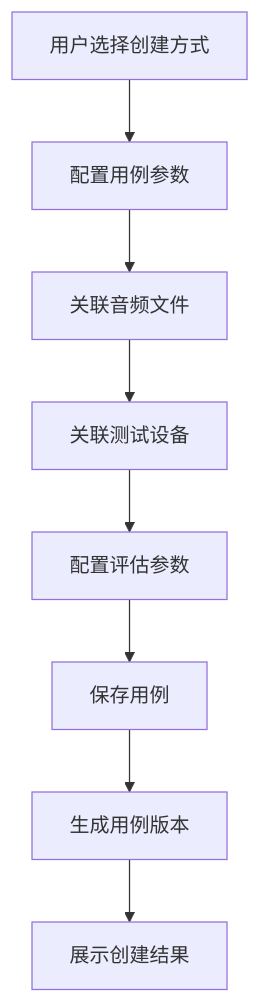
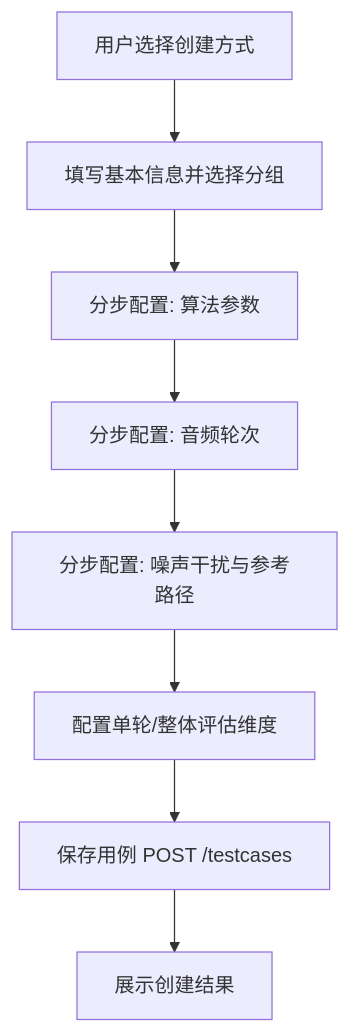
Before and after one commit to ydz-auto/intelligent_audio_test: the first of 4 diagrams in Intelligent-Audio-TEST/doc/功能设计文档/07_用例管理/用例管理功能设计文档.md, drawn with Mermaid. The commit also changed other lines of this file and 92 other files, not shown here.

````diff
--- a/Intelligent-Audio-TEST/doc/功能设计文档/07_用例管理/用例管理功能设计文档.md
+++ b/Intelligent-Audio-TEST/doc/功能设计文档/07_用例管理/用例管理功能设计文档.md
@@ -428,10 +292,10 @@
 ```mermaid
 flowchart TD
-    A[用户选择创建方式] --> B[配置用例参数]
-    B --> C[关联音频文件]
-    C --> D[关联测试设备]
-    D --> E[配置评估参数]
-    E --> F[保存用例]
-    F --> G[生成用例版本]
+    A[用户选择创建方式] --> B[填写基本信息并选择分组]
+    B --> C[分步配置: 算法参数]
+    C --> D[分步配置: 音频轮次]
+    D --> E[分步配置: 噪声干扰与参考路径]
+    E --> F[配置单轮/整体评估维度]
+    F --> G[保存用例 POST /testcases]
     G --> H[展示创建结果]
 ```
````
